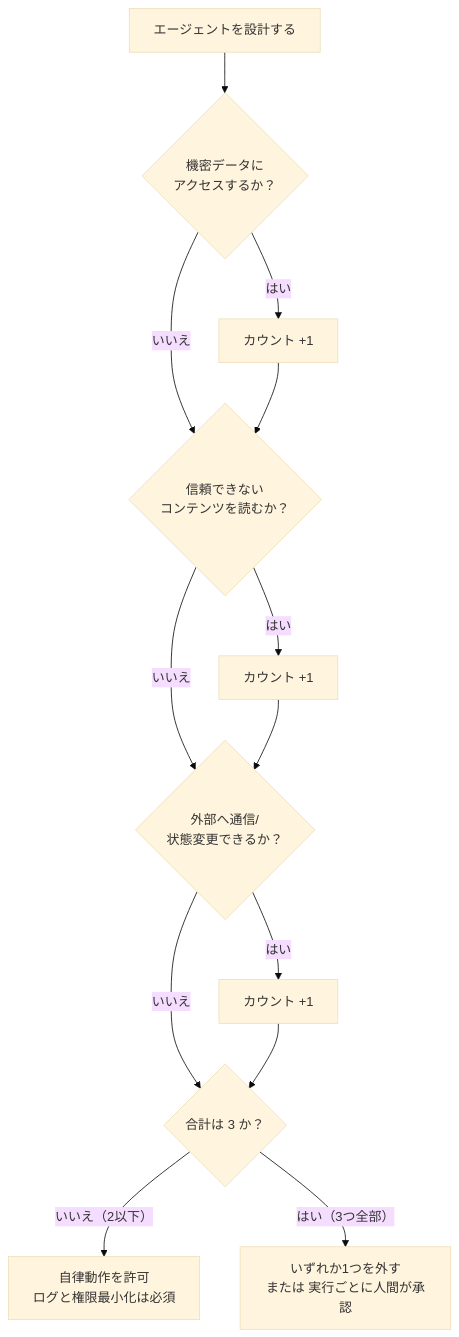
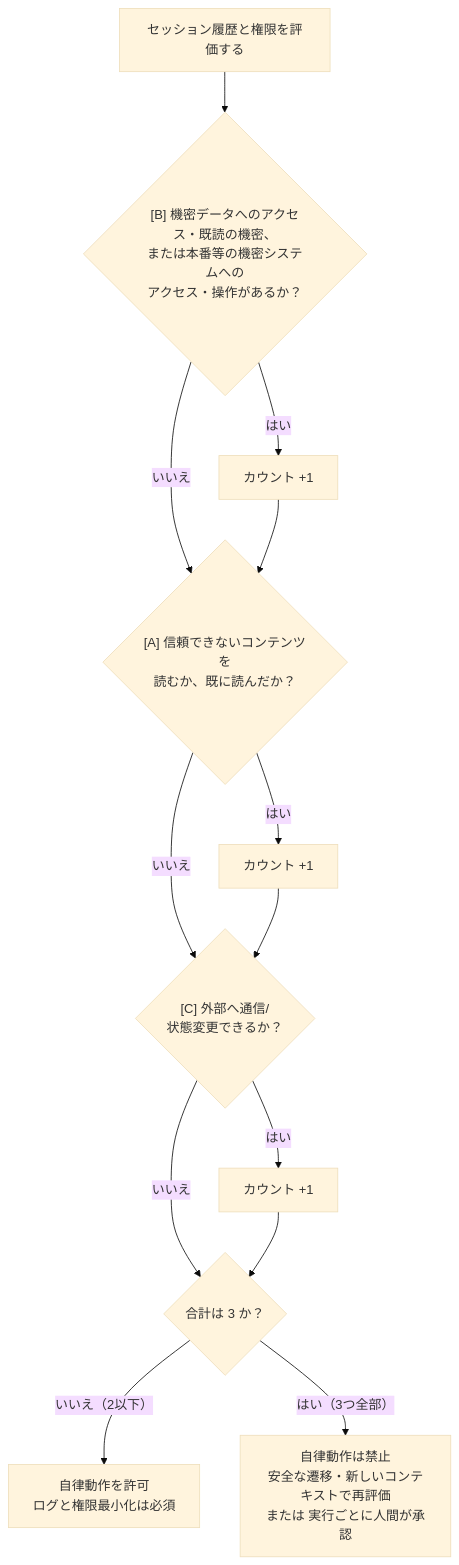
The sixth of 11 diagrams in Software-security-complete-guide-2026-11.md (myoshi2891/Security_Studies), drawn with Mermaid (base theme) before and after one commit. The commit also changed other lines of this file, not shown here.

Commit message:
docs(software-security): clarify CRA reporting deadlines, NIST IR 8547 PQC timeline, and phishing-resistant MFA

````diff
--- a/Software-security-complete-guide-2026-11.md
+++ b/Software-security-complete-guide-2026-11.md
@@ -508,15 +513,15 @@
 ```mermaid
 flowchart TD
-    S["エージェントを設計する"] --> Q1{"機密データに<br/>アクセスするか？"}
+    S["セッション履歴と権限を評価する"] --> Q1{"[B] 機密データへのアクセス・既読の機密、<br/>または本番等の機密システムへの<br/>アクセス・操作があるか？"}
     Q1 -- "はい" --> C1["カウント +1"]
     Q1 -- "いいえ" --> Q2
-    C1 --> Q2{"信頼できない<br/>コンテンツを読むか？"}
+    C1 --> Q2{"[A] 信頼できないコンテンツを<br/>読むか、既に読んだか？"}
     Q2 -- "はい" --> C2["カウント +1"]
     Q2 -- "いいえ" --> Q3
-    C2 --> Q3{"外部へ通信/<br/>状態変更できるか？"}
+    C2 --> Q3{"[C] 外部へ通信/<br/>状態変更できるか？"}
     Q3 -- "はい" --> C3["カウント +1"]
     Q3 -- "いいえ" --> R
     C3 --> R{"合計は 3 か？"}
     R -- "いいえ（2以下）" --> OK["自律動作を許可<br/>ログと権限最小化は必須"]
-    R -- "はい（3つ全部）" --> FIX["いずれか1つを外す<br/>または 実行ごとに人間が承認"]
+    R -- "はい（3つ全部）" --> FIX["自律動作は禁止<br/>安全な遷移・新しいコンテキストで再評価<br/>または 実行ごとに人間が承認"]
 ```
````
